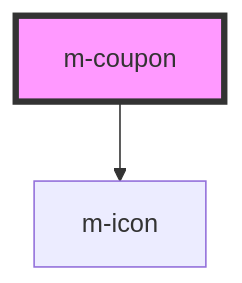
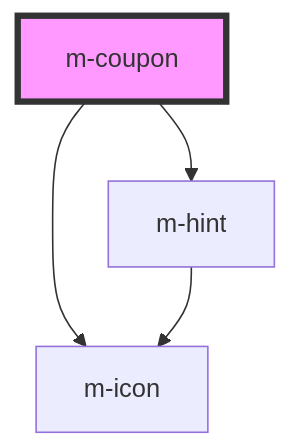
The diagram in libraries/modyo-design-system/src/components/m-coupon/readme.md (dynamic-framework/dynamic-ui), drawn with Mermaid before and after one commit. The commit also changed other lines of this file and 35 other files, not shown here.

````diff
--- a/libraries/modyo-design-system/src/components/m-coupon/readme.md
+++ b/libraries/modyo-design-system/src/components/m-coupon/readme.md
@@ -43,5 +56,7 @@
 ```mermaid
 graph TD;
   m-coupon --> m-icon
+  m-coupon --> m-hint
+  m-hint --> m-icon
   style m-coupon fill:#f9f,stroke:#333,stroke-width:4px
 ```
````
